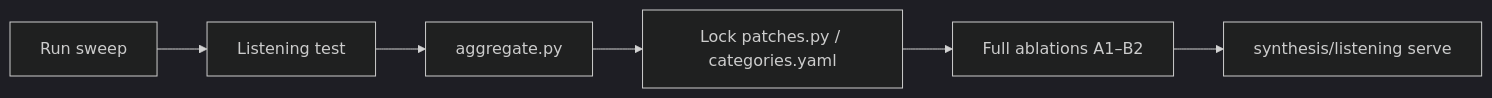
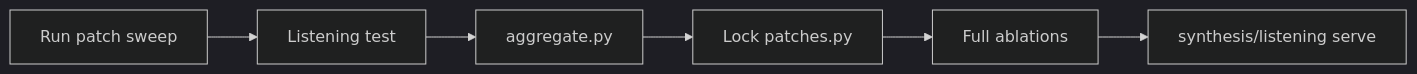
One commit to pnlong/SPDMX changed the diagram in experiments/README.md. Above: the diagram before and after it, drawn with Mermaid (dark theme). The commit also changed other lines of this file and 117 other files, not shown here.

````diff
--- a/experiments/README.md
+++ b/experiments/README.md
@@ -62,8 +63,8 @@
 ```mermaid
 flowchart LR
-    sweep[Run sweep] --> listen[Listening test]
+    sweep[Run patch sweep] --> listen[Listening test]
     listen --> aggregate[aggregate.py]
-    aggregate --> config[Lock patches.py / categories.yaml]
-    config --> ablation[Full ablations A1–B2]
+    aggregate --> config[Lock patches.py]
+    config --> ablation[Full ablations]
     ablation --> validate[synthesis/listening serve]
 ```
````
